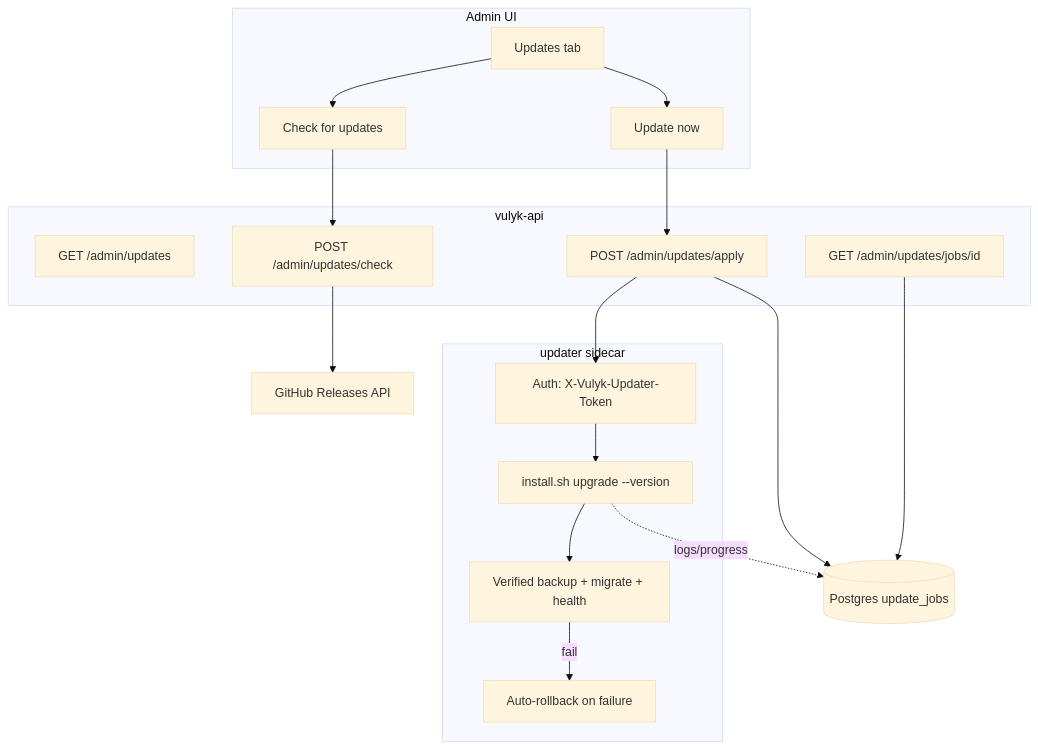
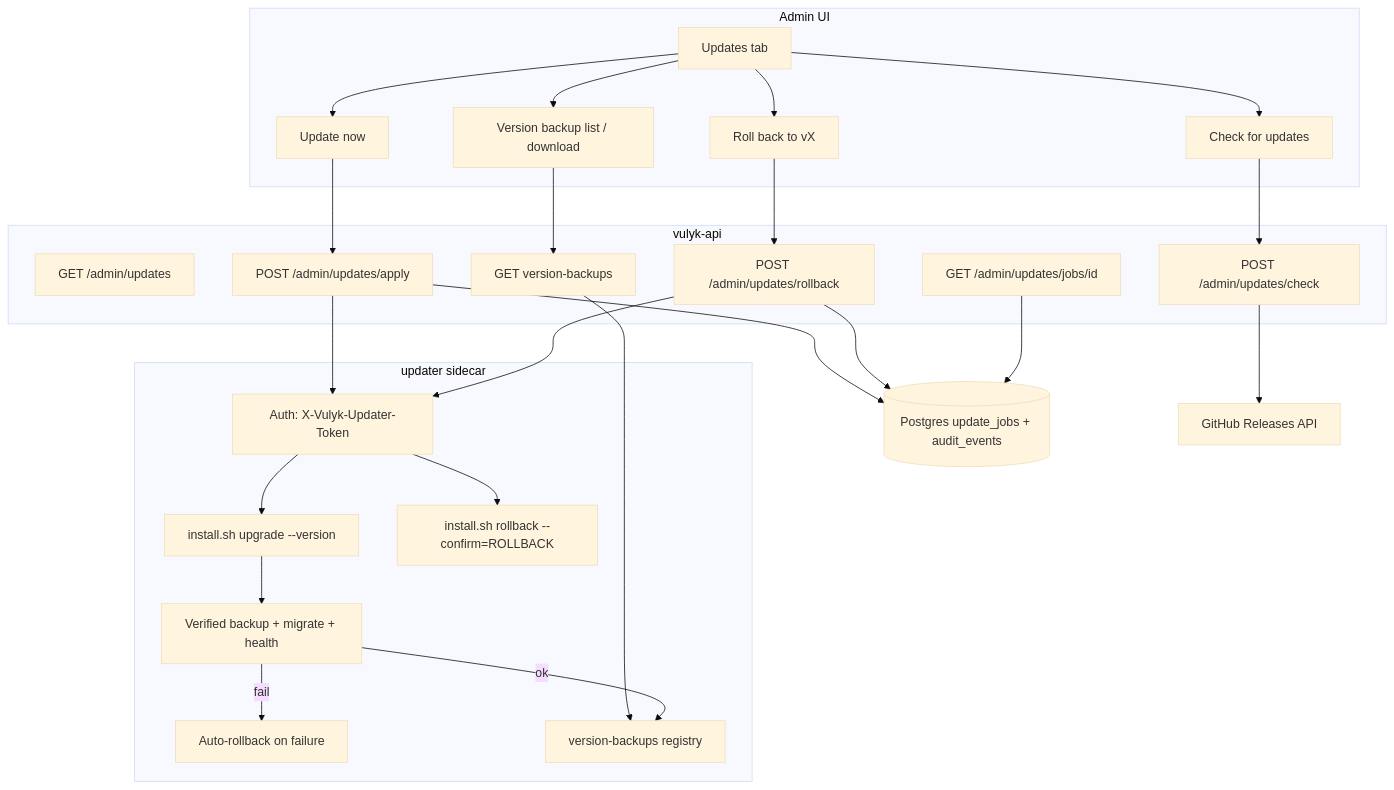
The diagram in docs/guides/in-app-updates.md (Ihor-Meat-Proxy/Vulyk), drawn with Mermaid (base theme) before and after one commit. The commit also changed other lines of this file and 23 other files, not shown here.

First line of the commit message:
feat: post-upgrade rollback points + version backup retention (#39)

````diff
--- a/docs/guides/in-app-updates.md
+++ b/docs/guides/in-app-updates.md
@@ -21,28 +21,37 @@
 ```mermaid
 flowchart TD
   subgraph ui [Admin UI]
     A[Updates tab]
     A --> B[Check for updates]
     A --> C[Update now]
+    A --> R[Roll back to vX]
+    A --> VB[Version backup list / download]
   end
   subgraph api [vulyk-api]
     D[GET /admin/updates]
     E[POST /admin/updates/check]
     F[POST /admin/updates/apply]
+    Fr[POST /admin/updates/rollback]
     G[GET /admin/updates/jobs/id]
+    H2[GET version-backups]
   end
   subgraph side [updater sidecar]
     H[Auth: X-Vulyk-Updater-Token]
     I[install.sh upgrade --version]
+    Ir[install.sh rollback --confirm=ROLLBACK]
     J[Verified backup + migrate + health]
     K[Auto-rollback on failure]
+    V[version-backups registry]
   end
-  L[(Postgres update_jobs)]
+  L[(Postgres update_jobs + audit_events)]
   M[GitHub Releases API]
   B --> E --> M
   C --> F --> H --> I --> J
+  R --> Fr --> H --> Ir
+  VB --> H2 --> V
   J -->|fail| K
+  J -->|ok| V
   F --> L
+  Fr --> L
   G --> L
-  I -.->|logs/progress| L
 ```
````
